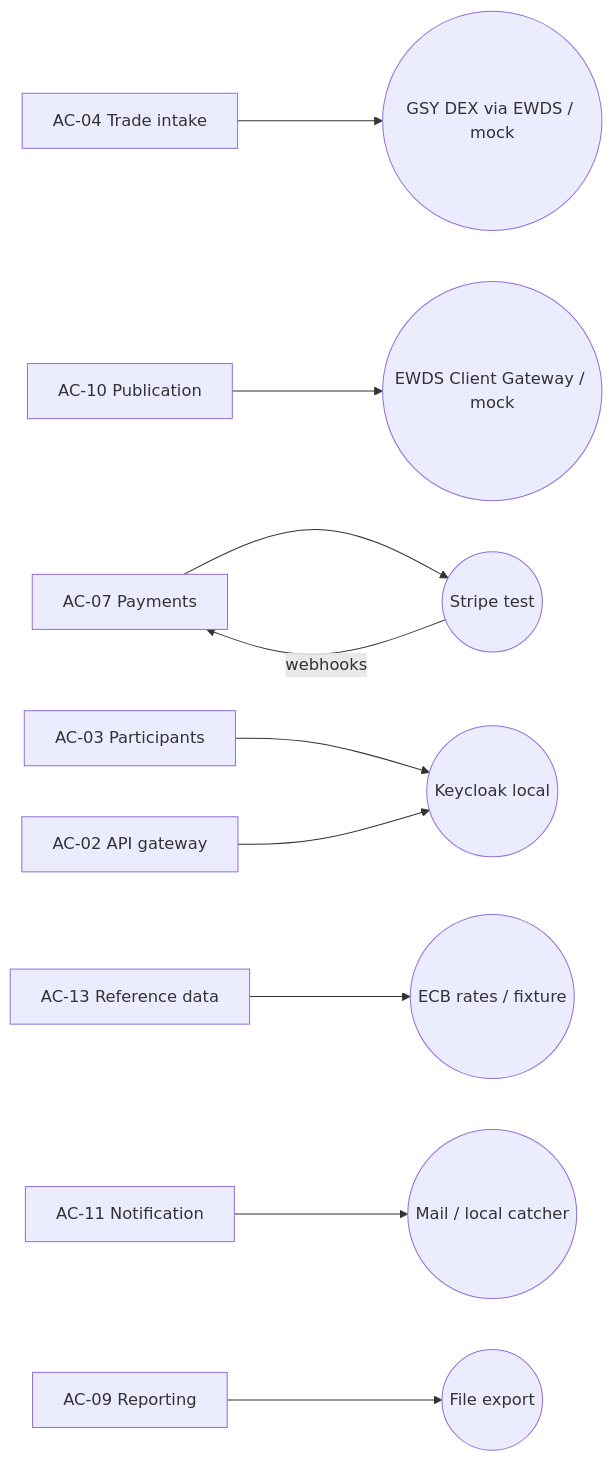
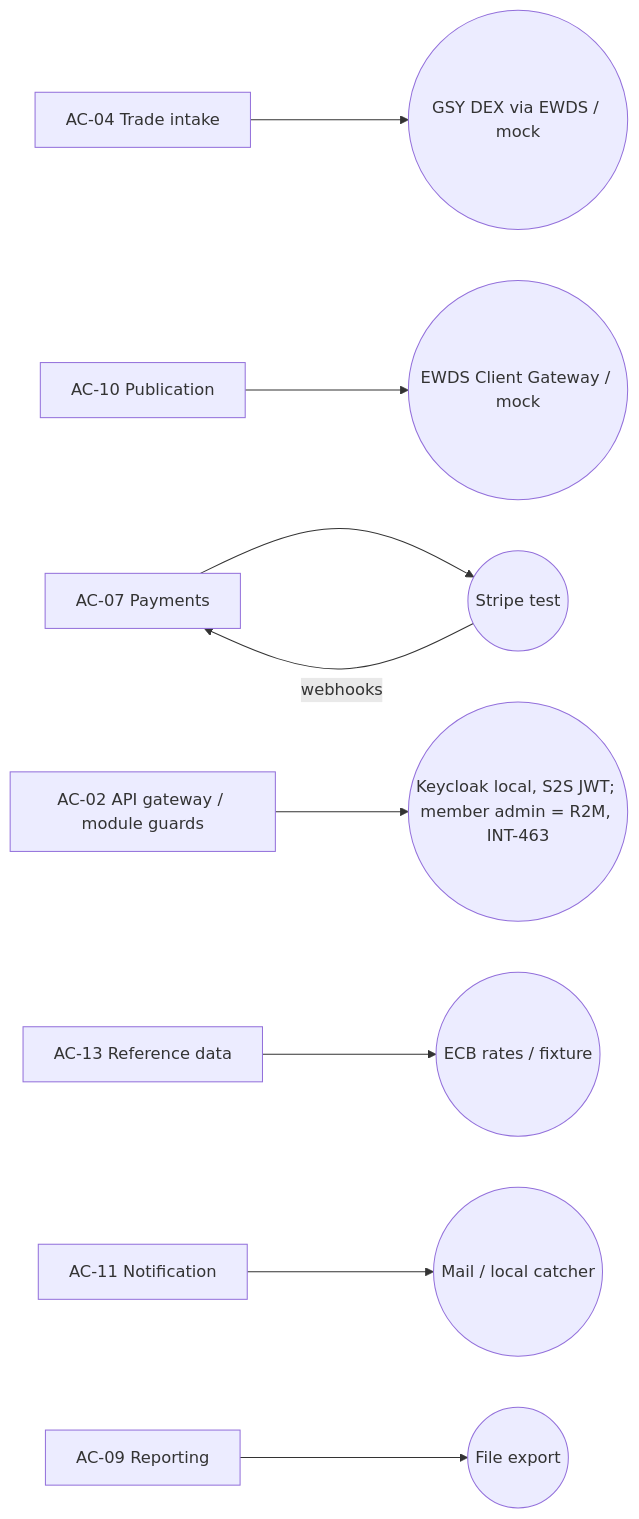
One commit to blooo-io/intelligent-eu-bps-source changed the third of 7 diagrams in docs/architecture/03-application-architecture.md. Above: the diagram before and after it, drawn with Mermaid. The commit also changed other lines of this file and 49 other files, not shown here.

First line of the commit message:
feat(INT-463): R2M owns member IdP; BPS S2S Keycloak only

````diff
--- a/docs/architecture/03-application-architecture.md
+++ b/docs/architecture/03-application-architecture.md
@@ -118,13 +118,12 @@
 ```mermaid
 %% elk %%
 flowchart LR
   TIN[AC-04 Trade intake] --> X1((GSY DEX via EWDS / mock))
   PUB[AC-10 Publication] --> X2((EWDS Client Gateway / mock))
   PAY[AC-07 Payments] --> X3((Stripe test))
   X3 -- webhooks --> PAY
-  PART[AC-03 Participants] --> X4((Keycloak local))
-  GW[AC-02 API gateway] --> X4
+  GW[AC-02 API gateway / module guards] --> X4((Keycloak local, S2S JWT; member admin = R2M, INT-463))
   REF[AC-13 Reference data] --> X5((ECB rates / fixture))
   NOT[AC-11 Notification] --> X6((Mail / local catcher))
   RPT[AC-09 Reporting] --> X7((File export))
 ```
````
